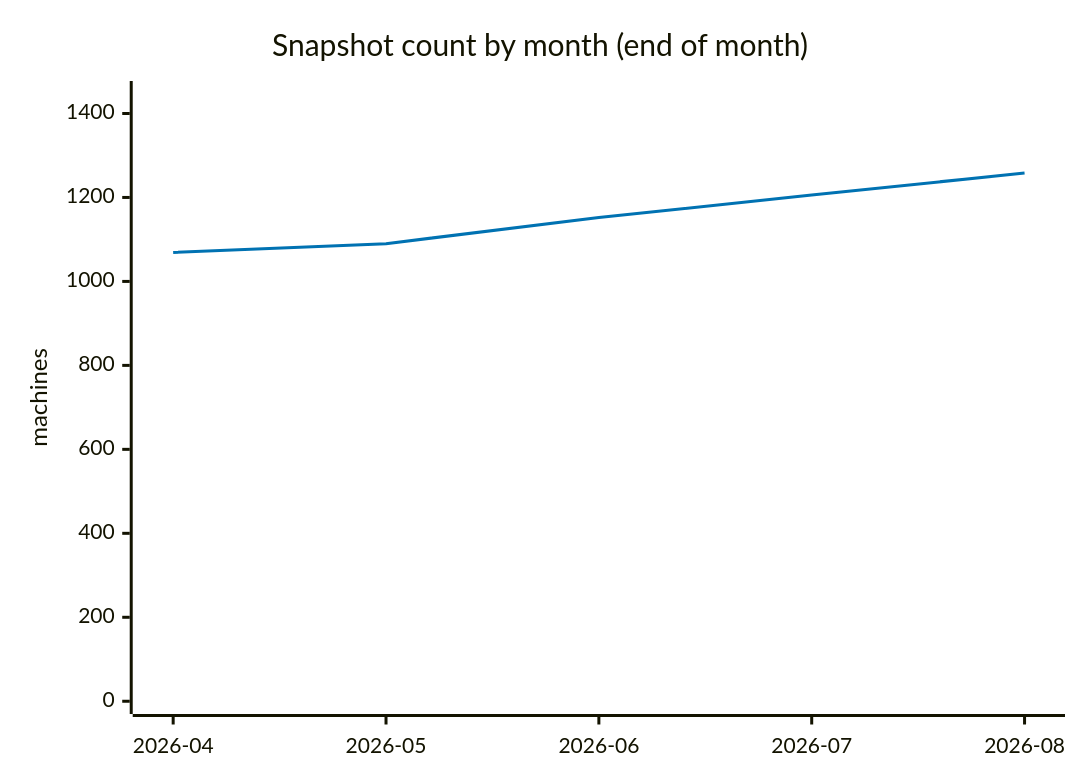
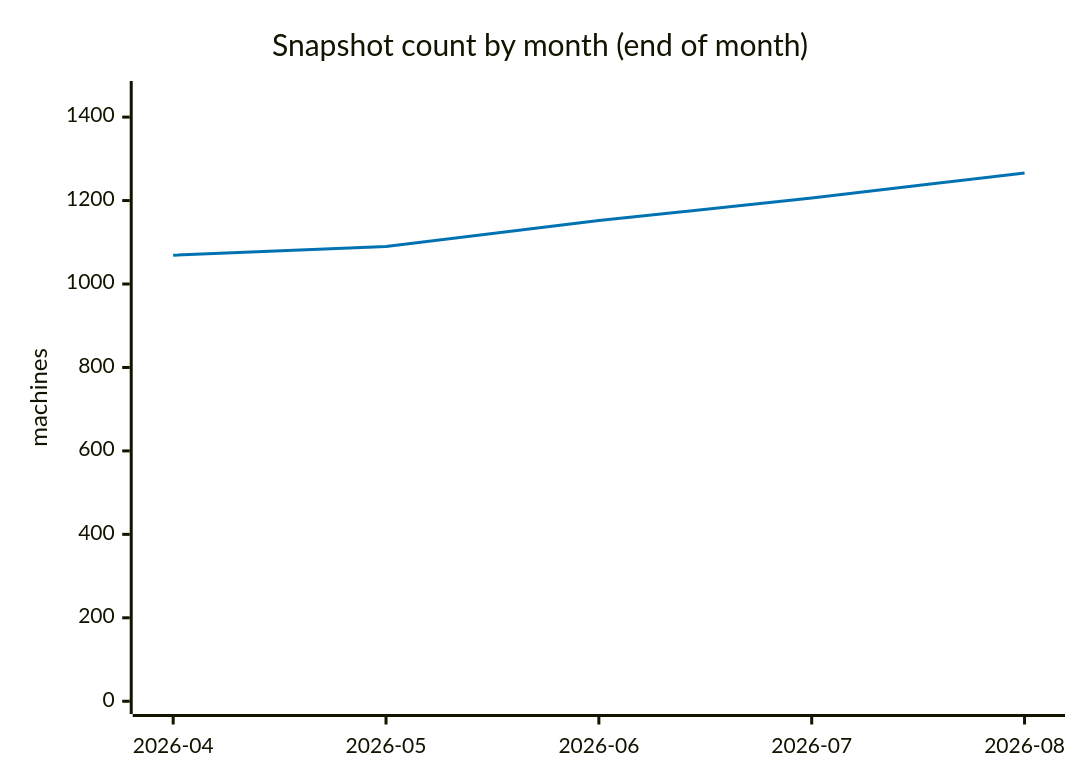
The sixth of 7 diagrams in ANALYSIS.md (cheeaun/returnright-data), drawn with Mermaid before and after one commit. The commit also changed other lines of this file and 3 other files, not shown here.

````diff
--- a/ANALYSIS.md
+++ b/ANALYSIS.md
@@ -290,13 +291,13 @@
 ```mermaid
 ---
 config:
   themeVariables:
     xyChart:
       plotColorPalette: "#0072B2"
 ---
 xychart-beta
     title "Snapshot count by month (end of month)"
     x-axis ["2026-04", "2026-05", "2026-06", "2026-07", "2026-08"]
-    y-axis "machines" 0 --> 1447
-    line [1069, 1090, 1152, 1206, 1258]
+    y-axis "machines" 0 --> 1456
+    line [1069, 1090, 1152, 1206, 1266]
 ```
````
